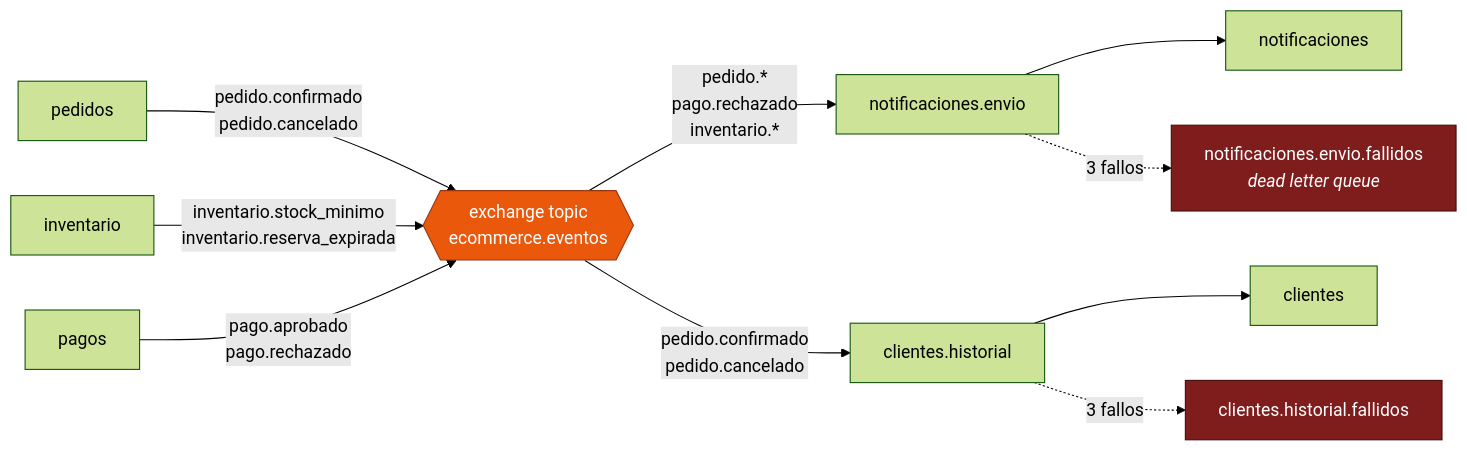
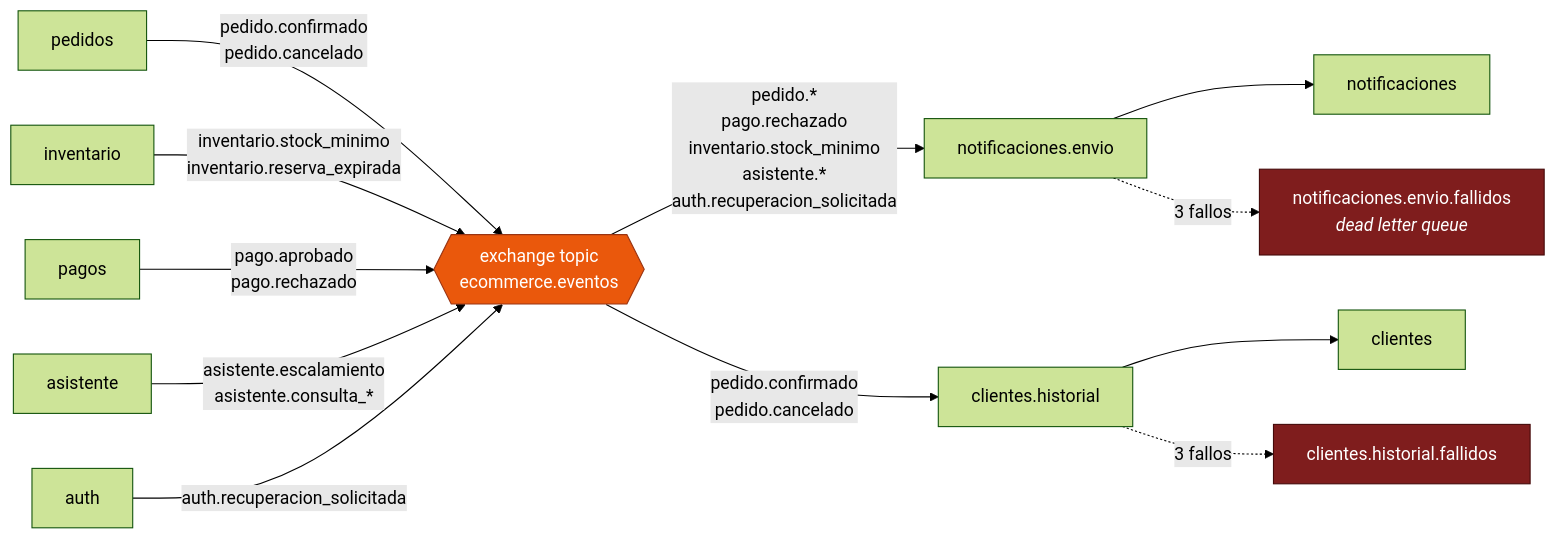
Before and after one commit to SerBy48/Proyecto-EIS-II: the diagram in docs/COMUNICACION.md, drawn with Mermaid (forest theme). The commit also changed other lines of this file and 122 other files, not shown here.

````diff
--- a/docs/COMUNICACION.md
+++ b/docs/COMUNICACION.md
@@ -123,20 +123,22 @@
 ```mermaid
 graph LR
     PED["pedidos"] -->|"pedido.confirmado<br/>pedido.cancelado"| EX{{"exchange topic<br/>ecommerce.eventos"}}
     INV["inventario"] -->|"inventario.stock_minimo<br/>inventario.reserva_expirada"| EX
     PAG["pagos"] -->|"pago.aprobado<br/>pago.rechazado"| EX
+    ASI["asistente"] -->|"asistente.escalamiento<br/>asistente.consulta_*"| EX
+    AUT["auth"] -->|"auth.recuperacion_solicitada"| EX
 
-    EX -->|"pedido.*<br/>pago.rechazado<br/>inventario.*"| Q1["notificaciones.envio"]
+    EX -->|"pedido.*<br/>pago.rechazado<br/>inventario.stock_minimo<br/>asistente.*<br/>auth.recuperacion_solicitada"| Q1["notificaciones.envio"]
     EX -->|"pedido.confirmado<br/>pedido.cancelado"| Q2["clientes.historial"]
 
     Q1 --> N["notificaciones"]
     Q2 --> C["clientes"]
 
     Q1 -.->|"3 fallos"| D1["notificaciones.envio.fallidos<br/><i>dead letter queue</i>"]
     Q2 -.->|"3 fallos"| D2["clientes.historial.fallidos"]
 
     classDef ex fill:#ea580c,stroke:#9a3412,color:#fff
     classDef dlq fill:#7f1d1d,stroke:#450a0a,color:#fff
     class EX ex
     class D1,D2 dlq
 ```
````
